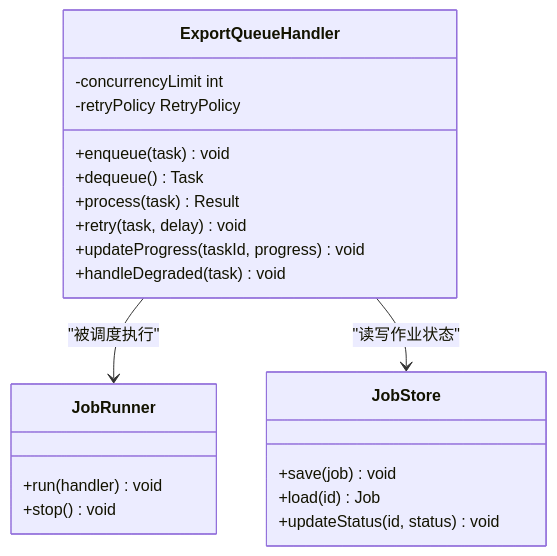
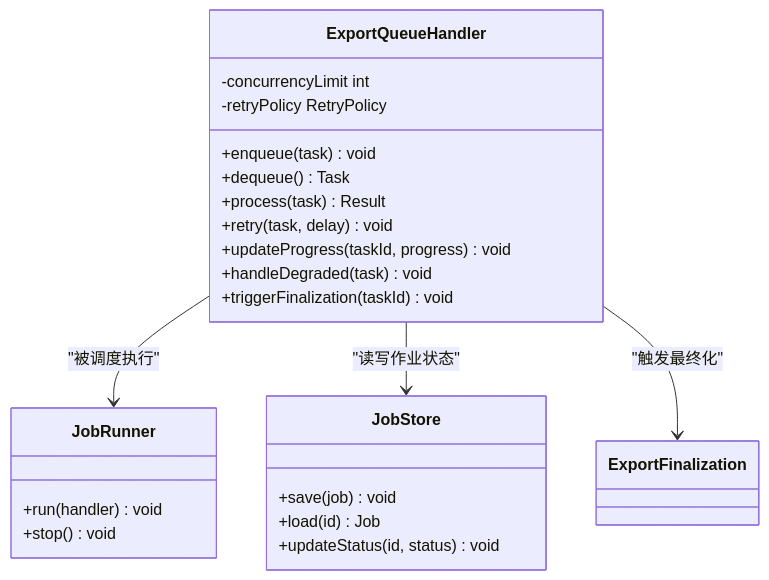
The fourth of 11 diagrams in .qoder/repowiki/zh/content/渲染引擎/导出服务.md (scottcwy/PurpleInk), drawn with Mermaid before and after one commit. The commit also changed other lines of this file and 23 other files, not shown here.

````diff
--- a/.qoder/repowiki/zh/content/渲染引擎/导出服务.md
+++ b/.qoder/repowiki/zh/content/渲染引擎/导出服务.md
@@ -268,24 +314,26 @@
 ```mermaid
 classDiagram
 class ExportQueueHandler {
 +enqueue(task) void
 +dequeue() Task
 +process(task) Result
 +retry(task, delay) void
 +updateProgress(taskId, progress) void
 +handleDegraded(task) void
++triggerFinalization(taskId) void
 -concurrencyLimit int
 -retryPolicy RetryPolicy
 }
 class JobRunner {
 +run(handler) void
 +stop() void
 }
 class JobStore {
 +save(job) void
 +load(id) Job
 +updateStatus(id, status) void
 }
 ExportQueueHandler --> JobRunner : "被调度执行"
 ExportQueueHandler --> JobStore : "读写作业状态"
+ExportQueueHandler --> ExportFinalization : "触发最终化"
 ```
````
